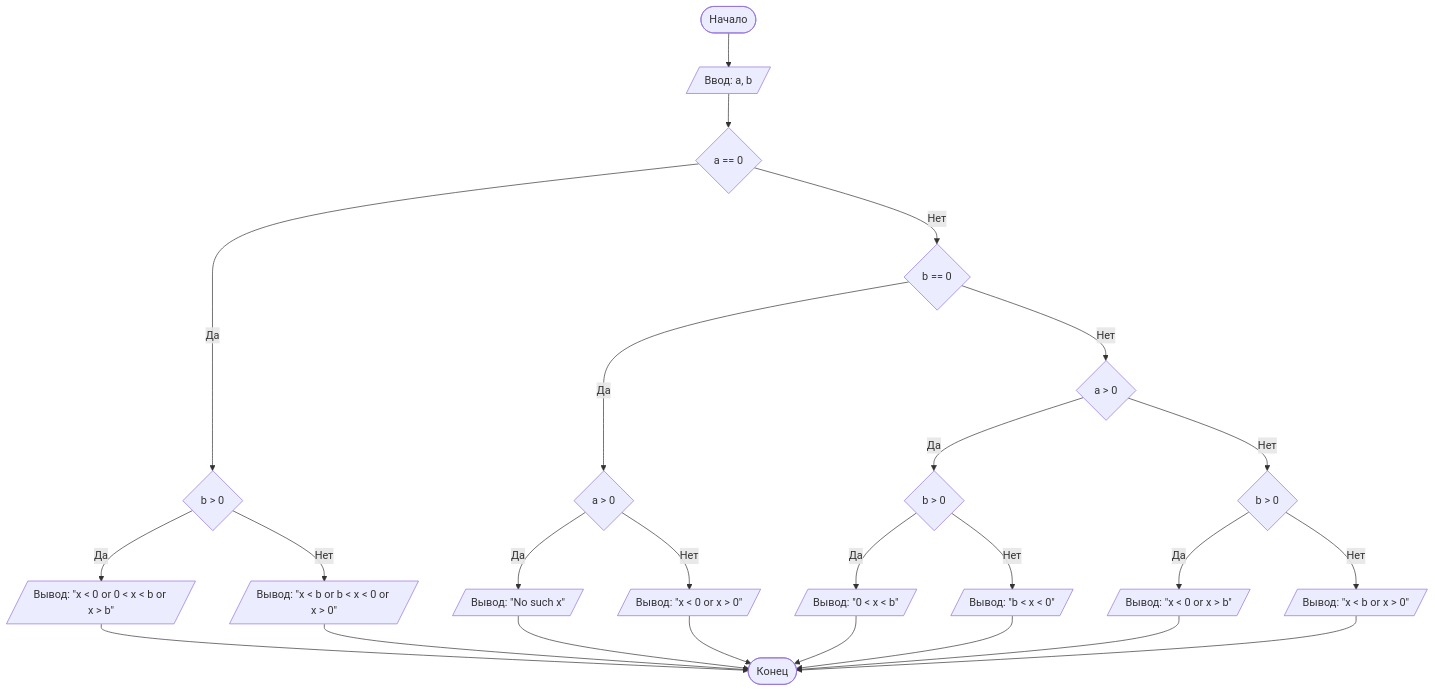
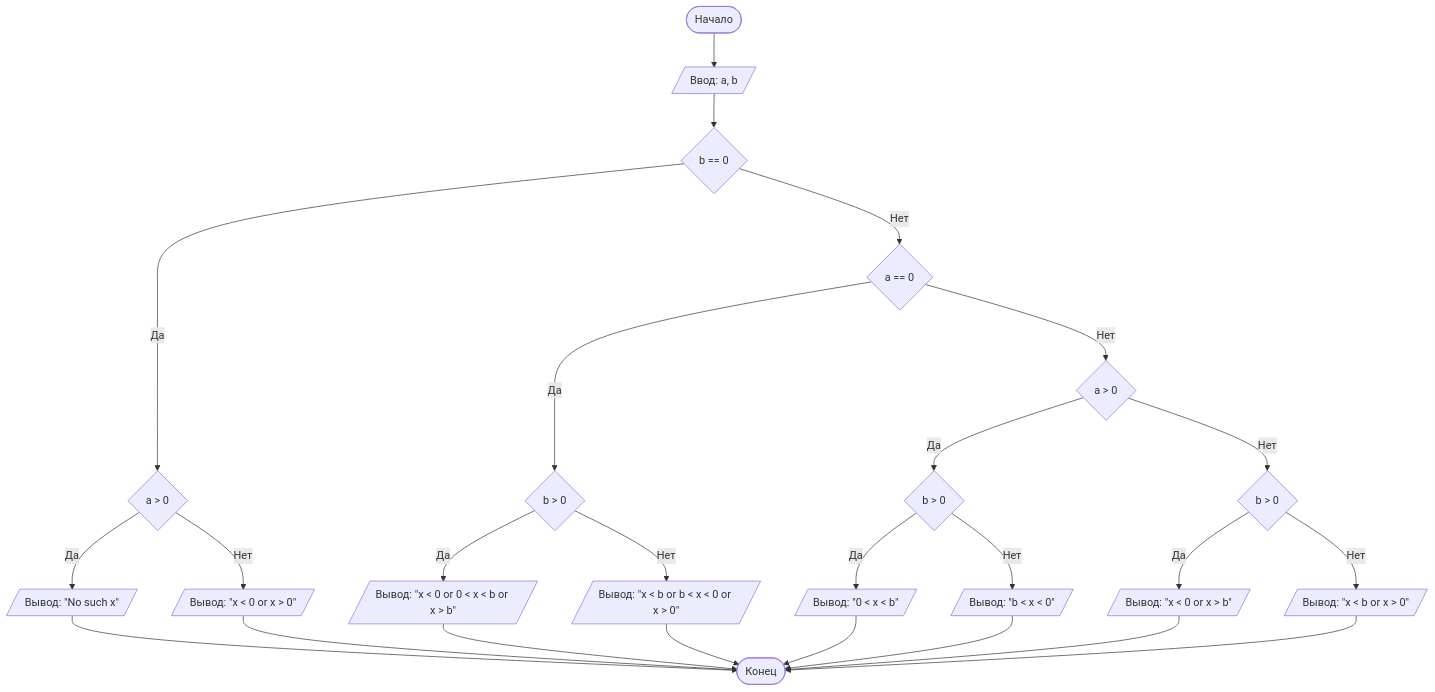
Before and after one commit to Tensai144/programmingbasics: the diagram in README.md, drawn with Mermaid. The commit also changed other lines of this file, not shown here.

````diff
--- a/README.md
+++ b/README.md
@@ -110,40 +112,40 @@
 ```mermaid
 graph TD
     A([Начало]) --> B[/Ввод: a, b/]
-    B --> C{a == 0}
+    B --> C{b == 0}
 
-    %% Ветка a == 0
-    C -- Да --> D{b > 0}
-    D -- Да --> Ans1[/Вывод: "x < 0 or 0 < x < b or x > b"/]
-    D -- Нет --> Ans2[/Вывод: "x < b or b < x < 0 or x > 0"/]
+    %% Ветка b == 0
+    C -- Да --> D{a > 0}
+    D -- Да --> Ans1[/Вывод: "No such x"/]
+    D -- Нет --> Ans2[/Вывод: "x < 0 or x > 0"/]
     Ans1 --> End([Конец])
     Ans2 --> End
 
-    %% Ветка a != 0
-    C -- Нет --> E{b == 0}
+    %% Ветка b != 0
+    C -- Нет --> E{a == 0}
     
-    %% Ветка b == 0
-    E -- Да --> F{a > 0}
-    F -- Да --> Ans3[/Вывод: "No such x"/]
-    F -- Нет --> Ans4[/Вывод: "x < 0 or x > 0"/]
+    %% Ветка a == 0
+    E -- Да --> F{b > 0}
+    F -- Да --> Ans3[/Вывод: "x < 0 or 0 < x < b or x > b"/]
+    F -- Нет --> Ans4[/Вывод: "x < b or b < x < 0 or x > 0"/]
     Ans3 --> End
     Ans4 --> End
 
     %% Ветка a != 0 и b != 0
     E -- Нет --> H{a > 0}
     
     %% Ветка a > 0
     H -- Да --> J{b > 0}
     J -- Да --> Ans5[/Вывод: "0 < x < b"/]
     J -- Нет --> Ans6[/Вывод: "b < x < 0"/]
     Ans5 --> End
     Ans6 --> End
 
     %% Ветка a < 0
     H -- Нет --> K{b > 0}
     K -- Да --> Ans7[/Вывод: "x < 0 or x > b"/]
     K -- Нет --> Ans8[/Вывод: "x < b or x > 0"/]
     Ans7 --> End
     Ans8 --> End
 
 ```
````
